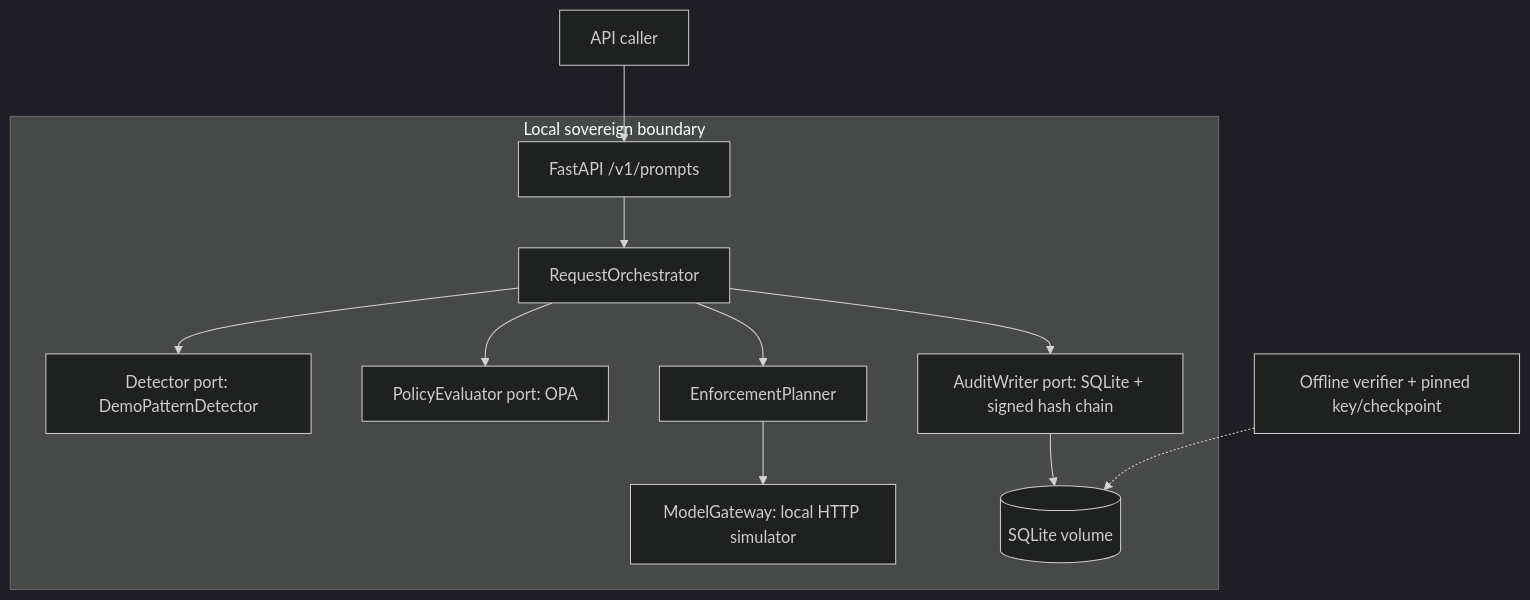
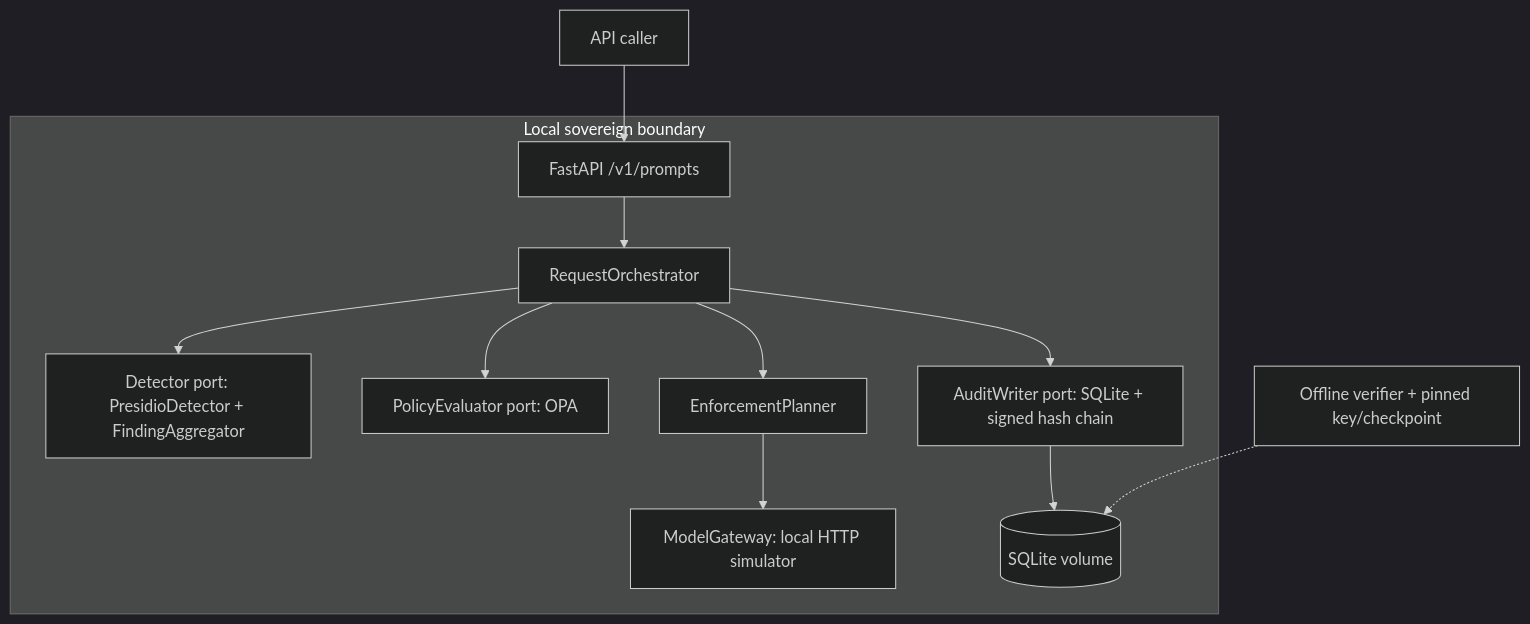
One commit to IlyaMich/sovereign-ai-control-plane changed the first of 2 diagrams in docs/architecture.md. Above: the diagram before and after it, drawn with Mermaid (dark theme). The commit also changed other lines of this file and 17 other files, not shown here.

````diff
--- a/docs/architecture.md
+++ b/docs/architecture.md
@@ -5,14 +5,14 @@
 ```mermaid
 flowchart TD
     U[API caller] --> API[FastAPI /v1/prompts]
     subgraph Boundary[Local sovereign boundary]
       API --> O[RequestOrchestrator]
-      O --> D[Detector port: DemoPatternDetector]
+      O --> D[Detector port: PresidioDetector + FindingAggregator]
       O --> P[PolicyEvaluator port: OPA]
       O --> A[AuditWriter port: SQLite + signed hash chain]
       O --> E[EnforcementPlanner]
       E --> M[ModelGateway: local HTTP simulator]
       A --> S[(SQLite volume)]
     end
     V[Offline verifier + pinned key/checkpoint] -.-> S
 ```
````
